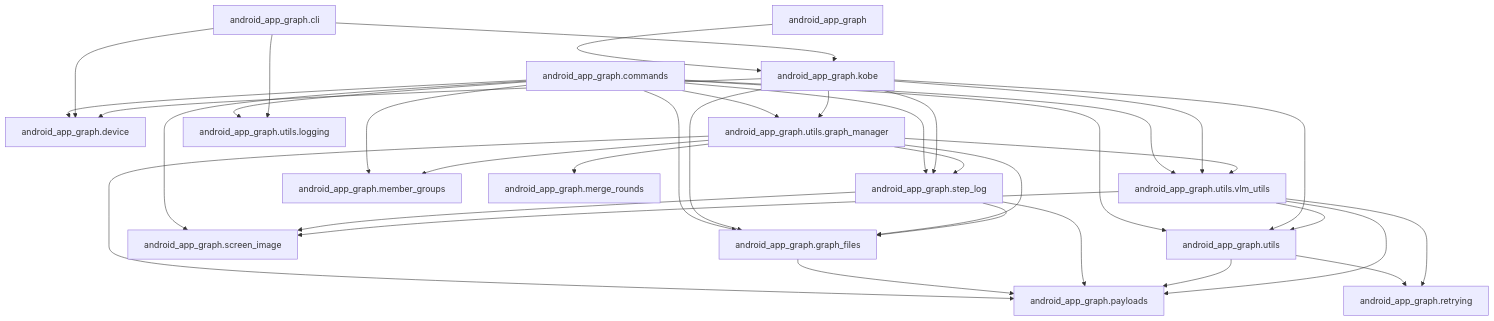
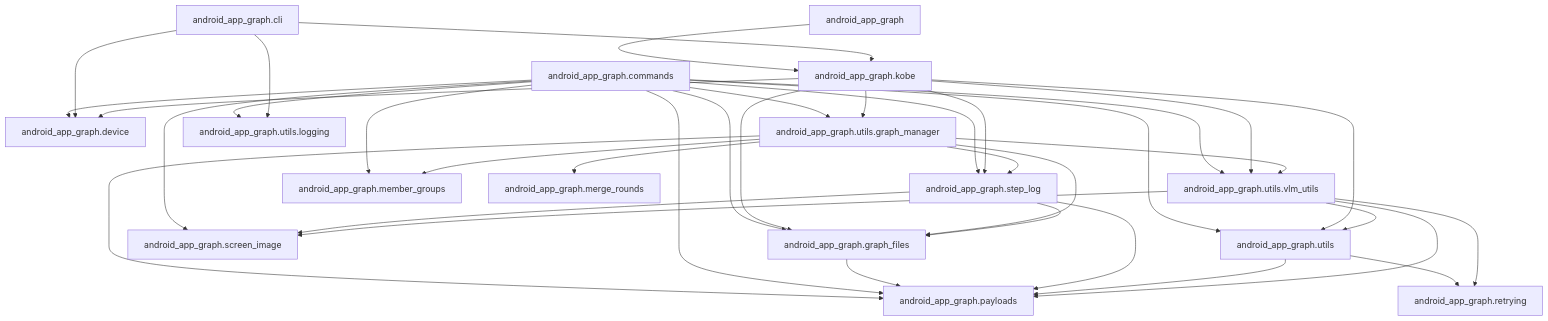
The diagram in README.md (john-agi/Android-App-Graph), drawn with Mermaid before and after one commit. The commit also changed other lines of this file and 10 other files, not shown here.

First line of the commit message:
Add app-graph-build: build a graph from a recorded step log without a device (#251)

````diff
--- a/README.md
+++ b/README.md
@@ -52,38 +55,39 @@
 ```mermaid
 graph TD;
     pkg["android_app_graph"] --> kobe["android_app_graph.kobe"];
     cmd["android_app_graph.commands"] --> dev["android_app_graph.device"];
     cmd --> gf["android_app_graph.graph_files"];
     cmd --> img["android_app_graph.screen_image"];
     cmd --> steps["android_app_graph.step_log"];
     cmd --> utils["android_app_graph.utils"];
     cmd --> gm["android_app_graph.utils.graph_manager"];
     cmd --> logging["android_app_graph.utils.logging"];
     cmd --> vlm["android_app_graph.utils.vlm_utils"];
     cli["android_app_graph.cli"] --> dev;
     cli --> kobe;
     cli --> logging;
     kobe --> dev;
     kobe --> gf;
     kobe --> steps;
     kobe --> utils;
     kobe --> gm;
     kobe --> vlm;
     cmd --> groups["android_app_graph.member_groups"];
     gm --> gf;
     gm --> groups;
     gm --> rounds["android_app_graph.merge_rounds"];
     gm --> pay["android_app_graph.payloads"];
+    cmd --> pay;
     gm --> steps;
     gm --> vlm;
     gf --> pay;
     steps --> gf;
     steps --> pay;
     steps --> img;
     utils --> pay;
     utils --> retry["android_app_graph.retrying"];
     vlm --> pay;
     vlm --> retry;
     vlm --> img;
     vlm --> utils;
 ```
````
